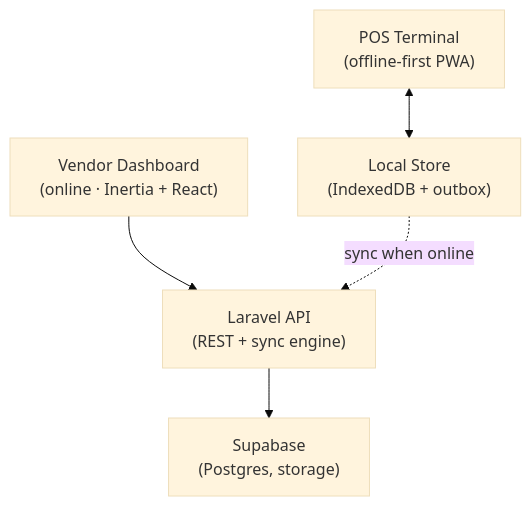
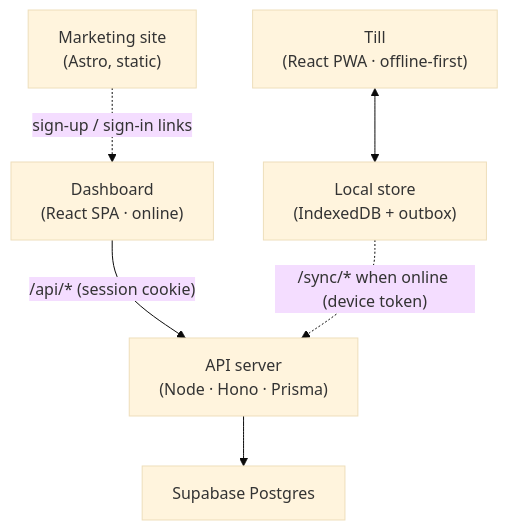
Before and after one commit to kunchikuni/SME-POS-System: the first of 2 diagrams in SME-POS/docs/ARCHITECTURE.md, drawn with Mermaid (base theme). The commit also changed other lines of this file and 2 other files, not shown here.

First line of the commit message:
Docs: replace obsolete Laravel setup and architecture with the Node stack

````diff
--- a/SME-POS/docs/ARCHITECTURE.md
+++ b/SME-POS/docs/ARCHITECTURE.md
@@ -34,13 +34,15 @@
 ```mermaid
 flowchart TD
-    Dash["Vendor Dashboard<br/>(online · Inertia + React)"]
-    POS["POS Terminal<br/>(offline-first PWA)"]
-    IDB["Local Store<br/>(IndexedDB + outbox)"]
-    API["Laravel API<br/>(REST + sync engine)"]
-    DB["Supabase<br/>(Postgres, storage)"]
+    Mkt["Marketing site<br/>(Astro, static)"]
+    Dash["Dashboard<br/>(React SPA · online)"]
+    POS["Till<br/>(React PWA · offline-first)"]
+    IDB["Local store<br/>(IndexedDB + outbox)"]
+    API["API server<br/>(Node · Hono · Prisma)"]
+    DB["Supabase Postgres"]
 
-    Dash --> API
+    Mkt -. "sign-up / sign-in links" .-> Dash
+    Dash -- "/api/* (session cookie)" --> API
     POS <--> IDB
-    IDB -. "sync when online" .-> API
+    IDB -. "/sync/* when online (device token)" .-> API
     API --> DB
 ```
````
